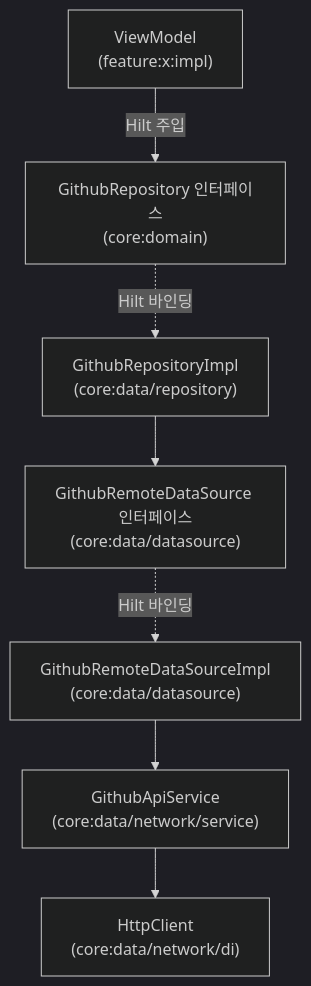
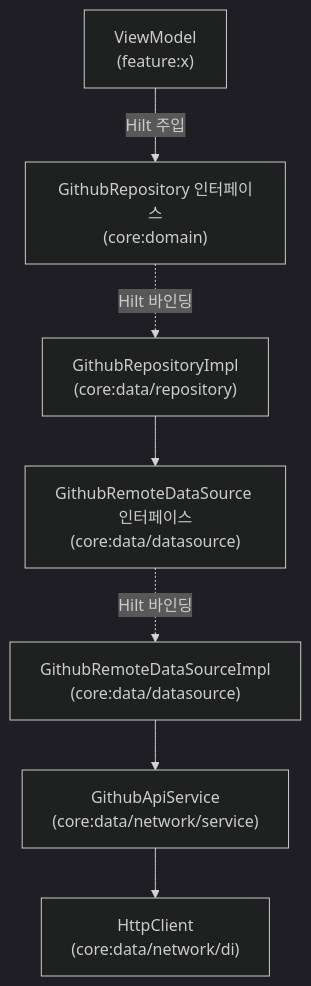
The diagram in core/data/README.md (mash-up-kr/Team-MINO-Android), drawn with Mermaid (dark theme) before and after one commit. The commit also changed 20 other files, not shown here.

````diff
--- a/core/data/README.md
+++ b/core/data/README.md
@@ -24,17 +24,17 @@
 ```mermaid
 flowchart TD
-    VM["ViewModel<br/>(feature:x:impl)"]
+    VM["ViewModel<br/>(feature:x)"]
     RI["GithubRepository 인터페이스<br/>(core:domain)"]
     Impl["GithubRepositoryImpl<br/>(core:data/repository)"]
     DS["GithubRemoteDataSource 인터페이스<br/>(core:data/datasource)"]
     DSI["GithubRemoteDataSourceImpl<br/>(core:data/datasource)"]
     SVC["GithubApiService<br/>(core:data/network/service)"]
     NET["HttpClient<br/>(core:data/network/di)"]
 
     VM -->|"Hilt 주입"| RI
     RI -.->|"Hilt 바인딩"| Impl
     Impl --> DS
     DS -.->|"Hilt 바인딩"| DSI
     DSI --> SVC
     SVC --> NET
 ```
````
